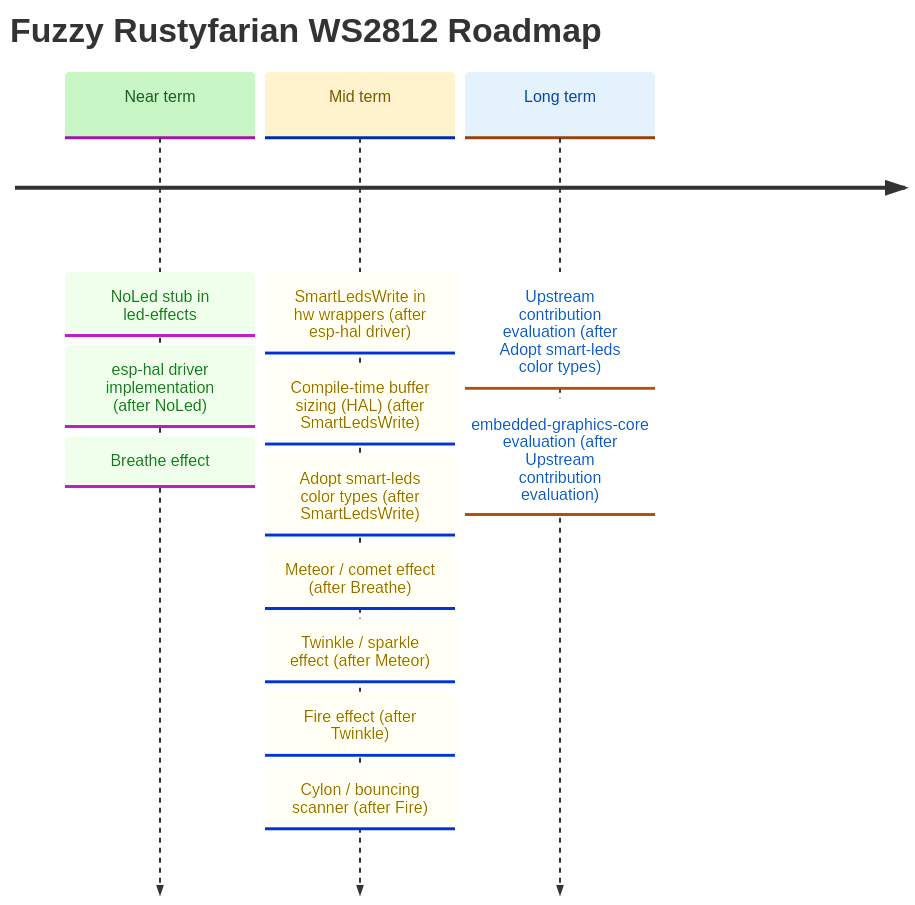
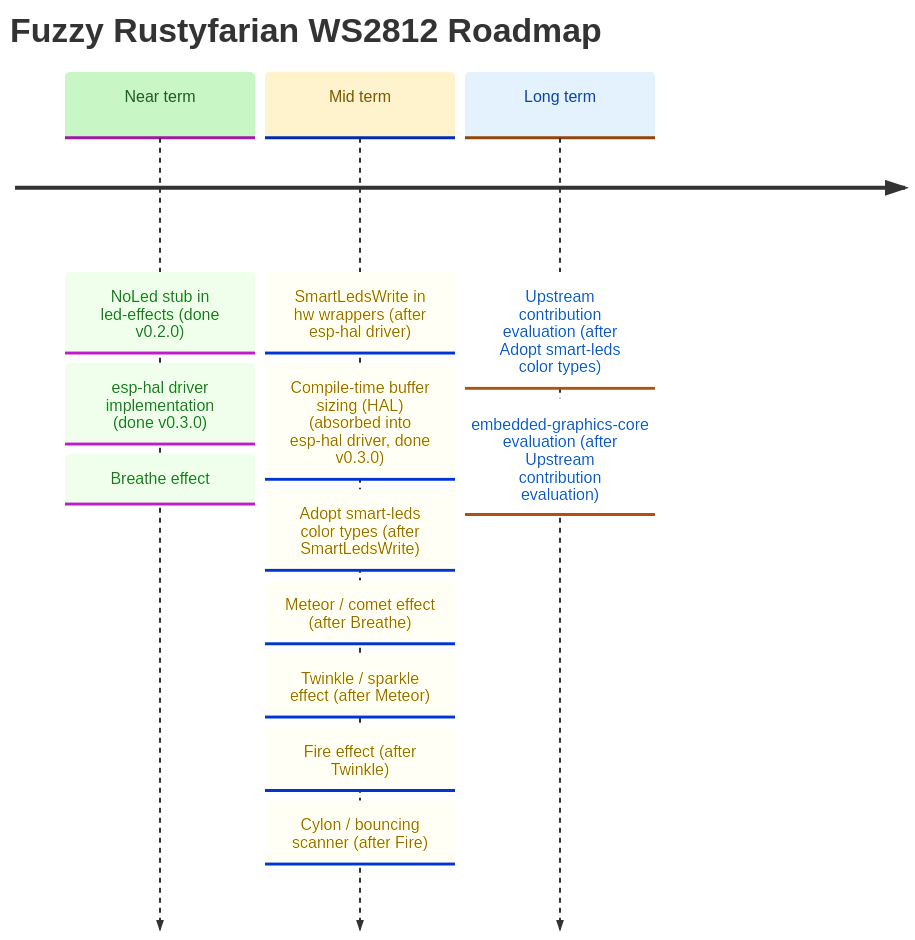
Before and after one commit to datenkollektiv/rustyfarian-ws2812: the diagram in docs/ROADMAP.md, drawn with Mermaid. The commit also changed other lines of this file and 6 other files, not shown here.

Commit message:
Add full RMT-based WS2812 driver for ESP32-C6 using `esp-hal`

````diff
--- a/docs/ROADMAP.md
+++ b/docs/ROADMAP.md
@@ -9,31 +9,31 @@
 ```mermaid
 %%{init: {
   "theme": "base",
   "themeVariables": {
     "cScale0": "#c8f7c5",
     "cScaleLabel0": "#1b5e20",
     "cScale1": "#fff3cd",
     "cScaleLabel1": "#7a5a00",
     "cScale2": "#e3f2fd",
     "cScaleLabel2": "#0d47a1"
   }
 }}%%
 
 timeline
     title Fuzzy Rustyfarian WS2812 Roadmap
 
-    Near term : NoLed stub in led-effects
-              : esp-hal driver implementation (after NoLed)
+    Near term : NoLed stub in led-effects (done v0.2.0)
+              : esp-hal driver implementation (done v0.3.0)
               : Breathe effect
 
     Mid term  : SmartLedsWrite in hw wrappers (after esp-hal driver)
-              : Compile-time buffer sizing (HAL) (after SmartLedsWrite)
+              : Compile-time buffer sizing (HAL) (absorbed into esp-hal driver, done v0.3.0)
               : Adopt smart-leds color types (after SmartLedsWrite)
               : Meteor / comet effect (after Breathe)
               : Twinkle / sparkle effect (after Meteor)
               : Fire effect (after Twinkle)
               : Cylon / bouncing scanner (after Fire)
 
     Long term : Upstream contribution evaluation (after Adopt smart-leds color types)
               : embedded-graphics-core evaluation (after Upstream contribution evaluation)
 ```
````
